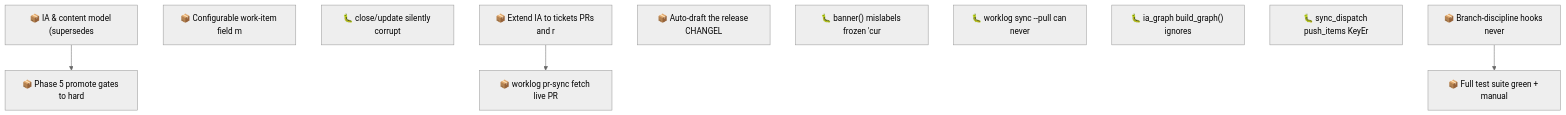
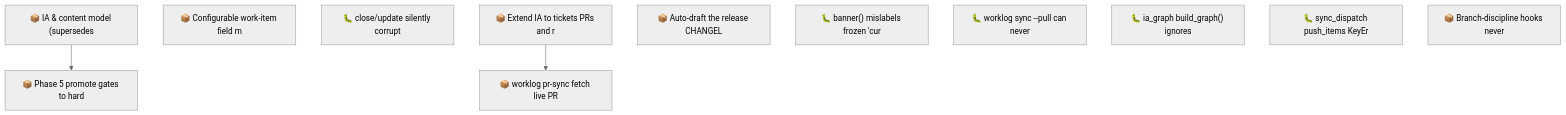
The second of 2 diagrams in docs/roadmap.md (SpillwaveSolutions/wiki_ticket_sdd), drawn with Mermaid (neutral theme) before and after one commit. The commit also changed other lines of this file and 11 other files, not shown here.

````diff
--- a/docs/roadmap.md
+++ b/docs/roadmap.md
@@ -96,19 +87,17 @@
 ```mermaid
 graph TD
     01KY5G9ZW0H2YMNWDFJYGRPYE5["📦 IA & content model (supersedes"]
     01KY5G9ZW0RABXWHEMEP1FAV2G["📦 Phase 5 promote gates to hard"]
     01KY5NE0ZYGBWG44N0KPEBFCZ8["📦 Configurable work-item field m"]
     01KYA99TVCGX79HFNHN1DVT7Y6["🐛 close/update silently corrupt"]
     01KYABYEQP8ANXGYPBCV2T20D8["📦 Extend IA to tickets PRs and r"]
     01KYAC0AC01R4C6W7YY1X8NVRV["📦 Auto-draft the release CHANGEL"]
     01KYACFJA0SQSF4C83BJZXB5MY["🐛 banner() mislabels frozen 'cur"]
     01KYADGT9Q48EKJZVQQSH4HXWZ["📦 worklog pr-sync fetch live PR"]
     01KYAGZ8KK46SQF1MKHAHVCTJV["🐛 worklog sync --pull can never"]
     01KYAHAB3T2QXGMN4SQT4ZNZGW["🐛 ia_graph build_graph() ignores"]
     01KYAKH389T1ZKKBP94WH2HK94["🐛 sync_dispatch push_items KeyEr"]
     01KYBD2HYJVNHX698WR1JD96YC["📦 Branch-discipline hooks never"]
-    01KYBD2HYKB5E4JXNYYQ9BPDAE["📦 Full test suite green + manual"]
     01KY5G9ZW0H2YMNWDFJYGRPYE5 --> 01KY5G9ZW0RABXWHEMEP1FAV2G
     01KYABYEQP8ANXGYPBCV2T20D8 --> 01KYADGT9Q48EKJZVQQSH4HXWZ
-    01KYBD2HYJVNHX698WR1JD96YC --> 01KYBD2HYKB5E4JXNYYQ9BPDAE
 ```
````
